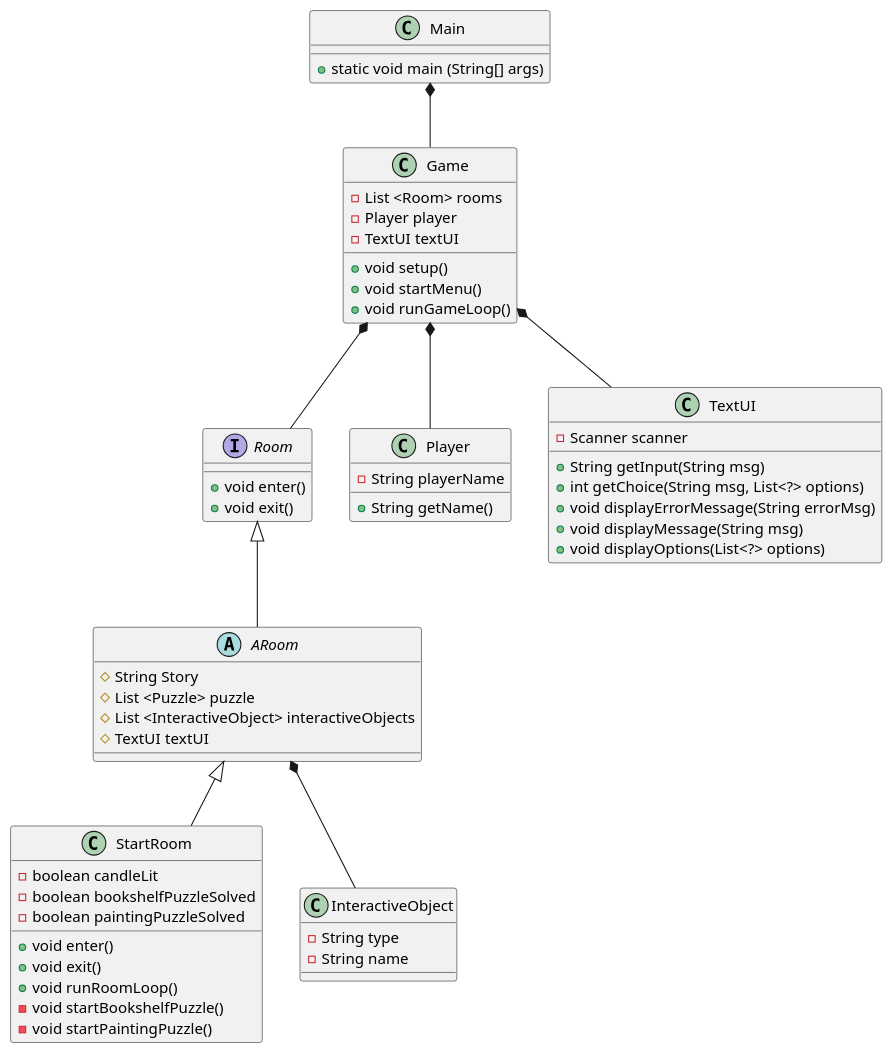
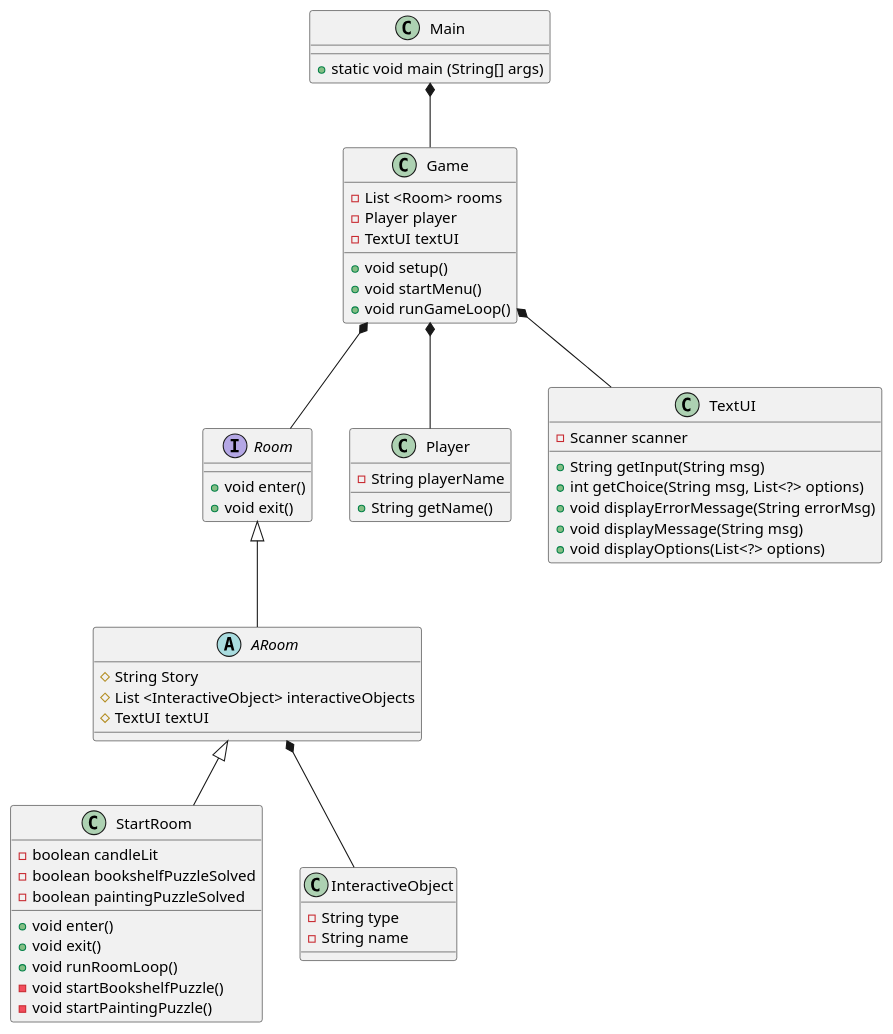
Before and after one commit to Shiihon/ICEProject: the diagram in doc/Classediagram.puml, drawn with PlantUML.

```diff
--- a/doc/Classediagram.puml
+++ b/doc/Classediagram.puml
@@ -1,70 +1,69 @@
 @startuml
 class Main
 class Game
 interface Room
 abstract class ARoom
 class StartRoom
 class Player
 class InteractiveObject
 
 
 Main : + static void main (String[] args)
 
 
 Main *--Game
 Game *-- Room
 Game *-- Player
 Game *-- TextUI
 Room <|-- ARoom
 ARoom <|-- StartRoom
 ARoom *-- InteractiveObject
 
 
 Game : - List <Room> rooms
 Game : - Player player
 Game : - TextUI textUI
 
 Game : + void setup()
 Game : + void startMenu()
 Game : + void runGameLoop()
 
 
 Room : + void enter()
 Room : + void exit()
 
 
 ARoom : # String Story
-ARoom : # List <Puzzle> puzzle
 ARoom : # List <InteractiveObject> interactiveObjects
 ARoom : # TextUI textUI
 
 
 StartRoom : - boolean candleLit
 StartRoom : - boolean bookshelfPuzzleSolved
 StartRoom : - boolean paintingPuzzleSolved
 
 StartRoom : + void enter()
 StartRoom : + void exit()
 StartRoom : + void runRoomLoop()
 StartRoom : - void startBookshelfPuzzle()
 StartRoom : - void startPaintingPuzzle()
 
 
 Player : - String playerName
 
 Player : + String getName()
 
 
 TextUI : - Scanner scanner
 
 TextUI : + String getInput(String msg)
 TextUI : + int getChoice(String msg, List<?> options)
 TextUI : + void displayErrorMessage(String errorMsg)
 TextUI : + void displayMessage(String msg)
 TextUI : + void displayOptions(List<?> options)
 
 
 InteractiveObject : - String type
 InteractiveObject : - String name
 
 @enduml
```
